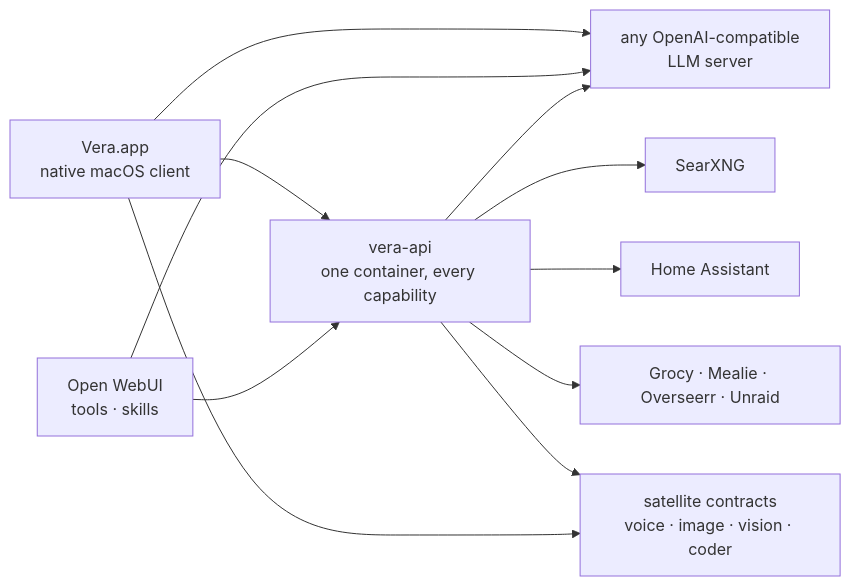
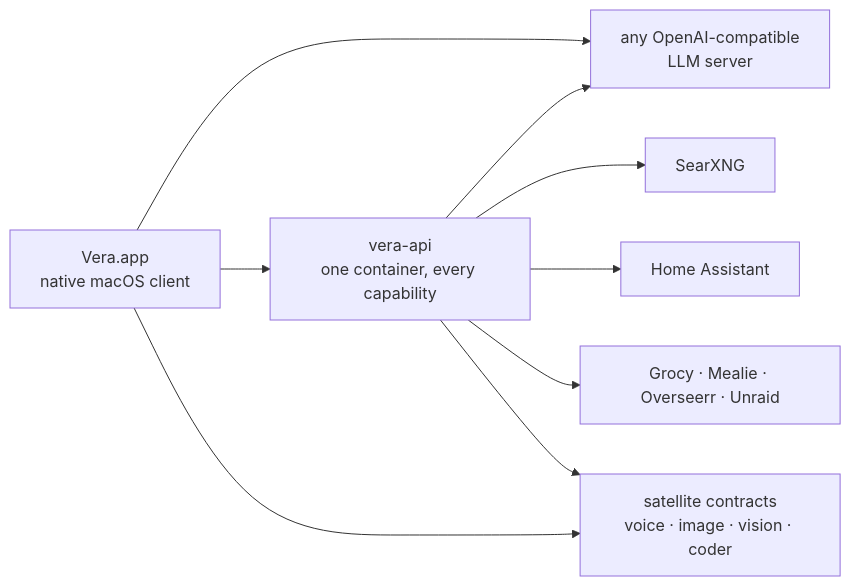
Before and after one commit to DisplacedForest/vera: the diagram in README.md, drawn with Mermaid. The commit also changed other lines of this file and 39 other files, not shown here.

First line of the commit message:
feat: retire Open WebUI from server operations (#32)

````diff
--- a/README.md
+++ b/README.md
@@ -34,22 +33,19 @@
 ```mermaid
 flowchart LR
     APP["Vera.app<br/>native macOS client"]
-    OWUI["Open WebUI<br/>tools · skills"]
     LLM["any OpenAI-compatible<br/>LLM server"]
     API["vera-api<br/>one container, every capability"]
     SEARX["SearXNG"]
     HA["Home Assistant"]
     INT["Grocy · Mealie · Overseerr · Unraid"]
     SAT["satellite contracts<br/>voice · image · vision · coder"]
 
     APP --> LLM
-    OWUI --> LLM
     APP --> API
-    OWUI --> API
     API --> LLM
     API --> SEARX
     API --> HA
     API --> INT
     API --> SAT
     APP --> SAT
 ```
````
